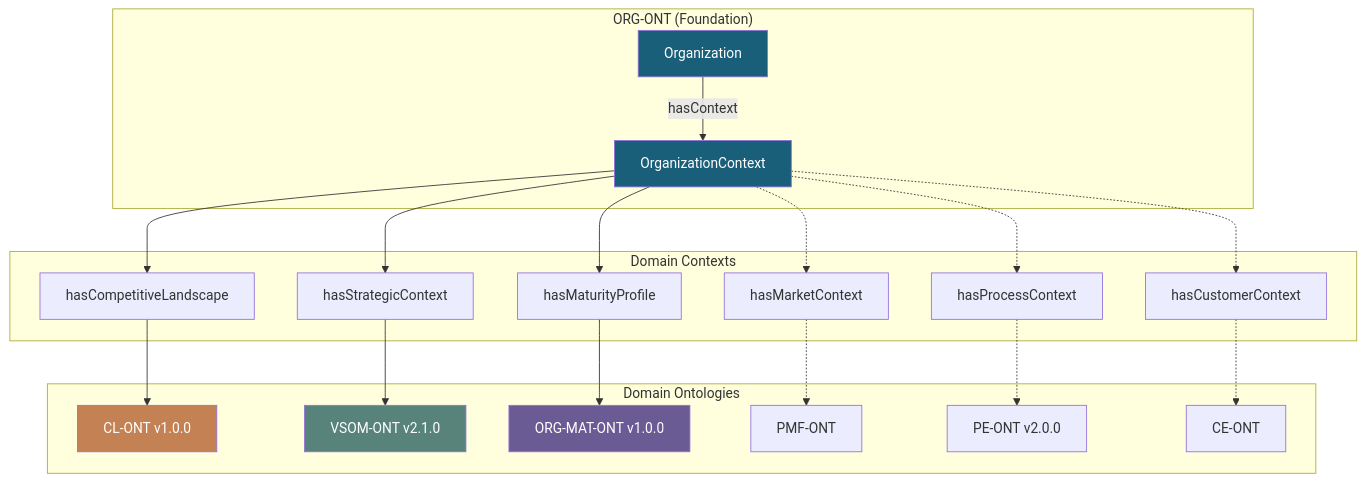
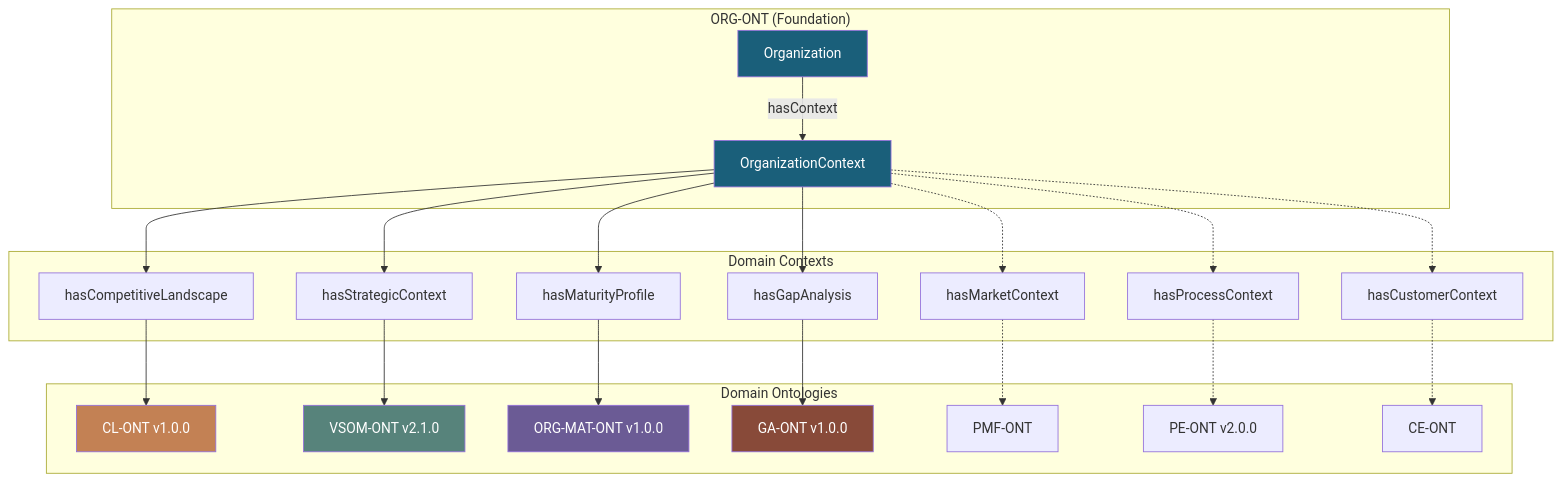
One commit to ajrmooreuk/Azlan-EA-AAA changed the fourth of 6 diagrams in PBS/ONTOLOGIES/ONTOLOGY-ARCHITECTURE.md. Above: the diagram before and after it, drawn with Mermaid. The commit also changed other lines of this file and 3 other files, not shown here.

First line of the commit message:
Add GA-ONT v1.0.0 Gap Analysis ontology (CGA Agent support)

````diff
--- a/PBS/ONTOLOGIES/ONTOLOGY-ARCHITECTURE.md
+++ b/PBS/ONTOLOGIES/ONTOLOGY-ARCHITECTURE.md
@@ -225,39 +253,43 @@
 ```mermaid
 graph TB
     subgraph "ORG-ONT (Foundation)"
         O[Organization]
         OC[OrganizationContext]
         O -->|hasContext| OC
     end
 
     subgraph "Domain Contexts"
         CL_B[hasCompetitiveLandscape]
         VS_B[hasStrategicContext]
         MAT_B[hasMaturityProfile]
+        GA_B[hasGapAnalysis]
         PM_B[hasMarketContext]
         PE_B[hasProcessContext]
         CE_B[hasCustomerContext]
     end
 
     subgraph "Domain Ontologies"
         CL_O[CL-ONT v1.0.0]
         VS_O[VSOM-ONT v2.1.0]
         MAT_O[ORG-MAT-ONT v1.0.0]
+        GA_O[GA-ONT v1.0.0]
         PM_O[PMF-ONT]
         PE_O[PE-ONT v2.0.0]
         CE_O[CE-ONT]
     end
 
     OC --> CL_B --> CL_O
     OC --> VS_B --> VS_O
     OC --> MAT_B --> MAT_O
+    OC --> GA_B --> GA_O
     OC -.-> PM_B -.-> PM_O
     OC -.-> PE_B -.-> PE_O
     OC -.-> CE_B -.-> CE_O
 
     style O fill:#1a5f7a,color:#fff
     style OC fill:#1a5f7a,color:#fff
     style CL_O fill:#c38154,color:#fff
     style VS_O fill:#57837b,color:#fff
     style MAT_O fill:#6b5b95,color:#fff
+    style GA_O fill:#884a39,color:#fff
 ```
````
